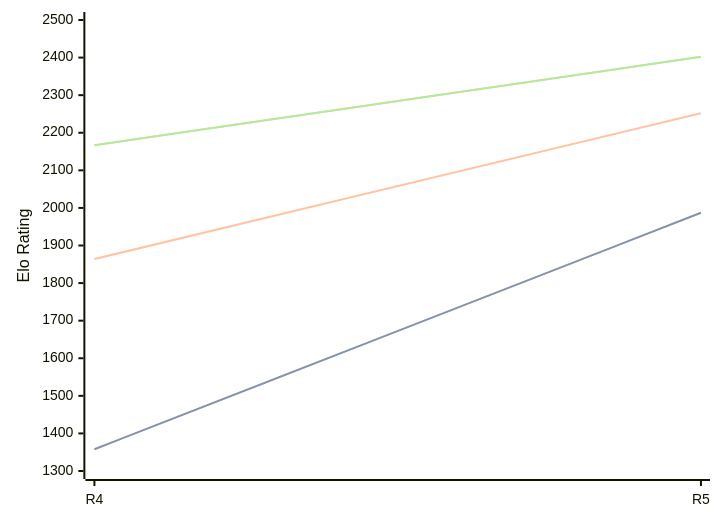
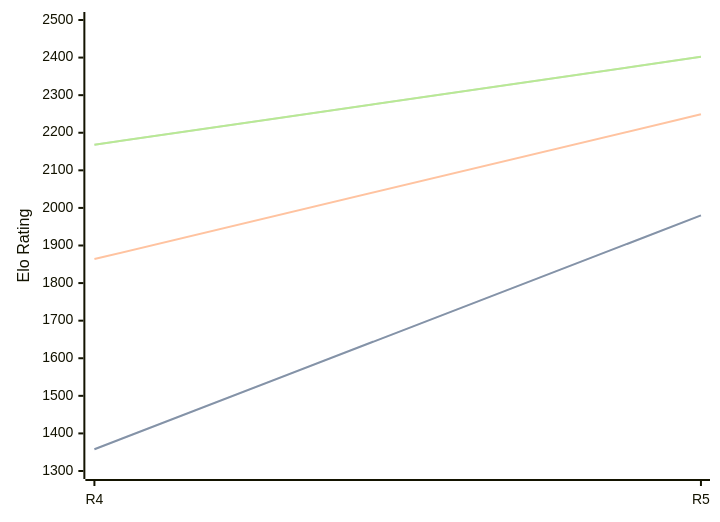
Before and after one commit to computer-chess-index/cci: the diagram in engines/Viking.md, drawn with Mermaid. The commit also changed other lines of this file, not shown here.

Commit message:
Update CCI Ratings (ELO VLTC) - 2026-05-12

````diff
--- a/engines/Viking.md
+++ b/engines/Viking.md
@@ -35,11 +35,11 @@
 ```mermaid
 %%{init: {"theme":"base","themeVariables":{"seriesColors:['#a3a3a3','#222221','#faa371']}}}%%
 xychart-beta
   x-axis ["R4", "R5"]
   y-axis "Elo Rating" 1300 --> 2500
-  line "STC (8.0+0.08s)" [1358, 1987]
-  line "STC (8.0+0.08s)" [1358, 1987]
-  line "LTC (60.0+0.60s)" [1864, 2252]
-  line "VLTC (2m24s+1.12s)" [2167, 2402]
-  line "VLTC (2m24s+1.12s)" [2167, 2402]
+  line "STC (8.0+0.08s)" [1358, 1980]
+  line "STC (8.0+0.08s)" [1358, 1980]
+  line "LTC (60.0+0.60s)" [1864, 2249]
+  line "VLTC (2m24s+1.12s)" [2168, 2402]
+  line "VLTC (2m24s+1.12s)" [2168, 2402]
 ```
````
